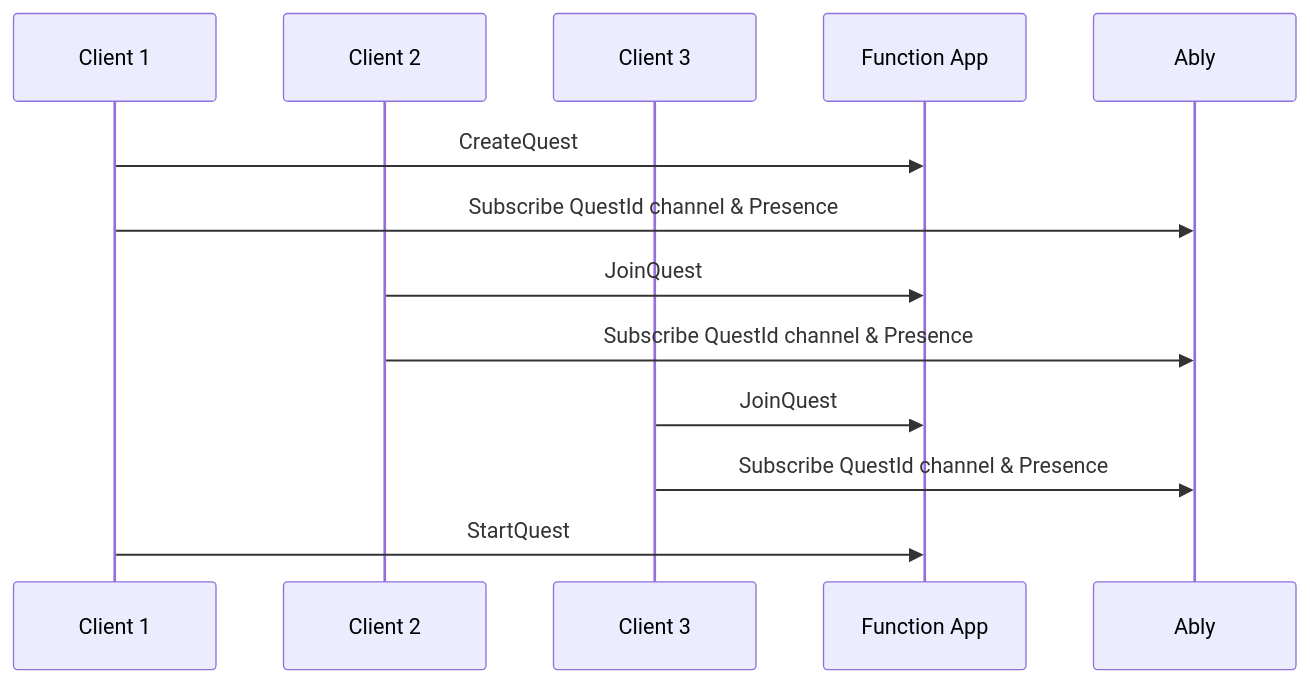
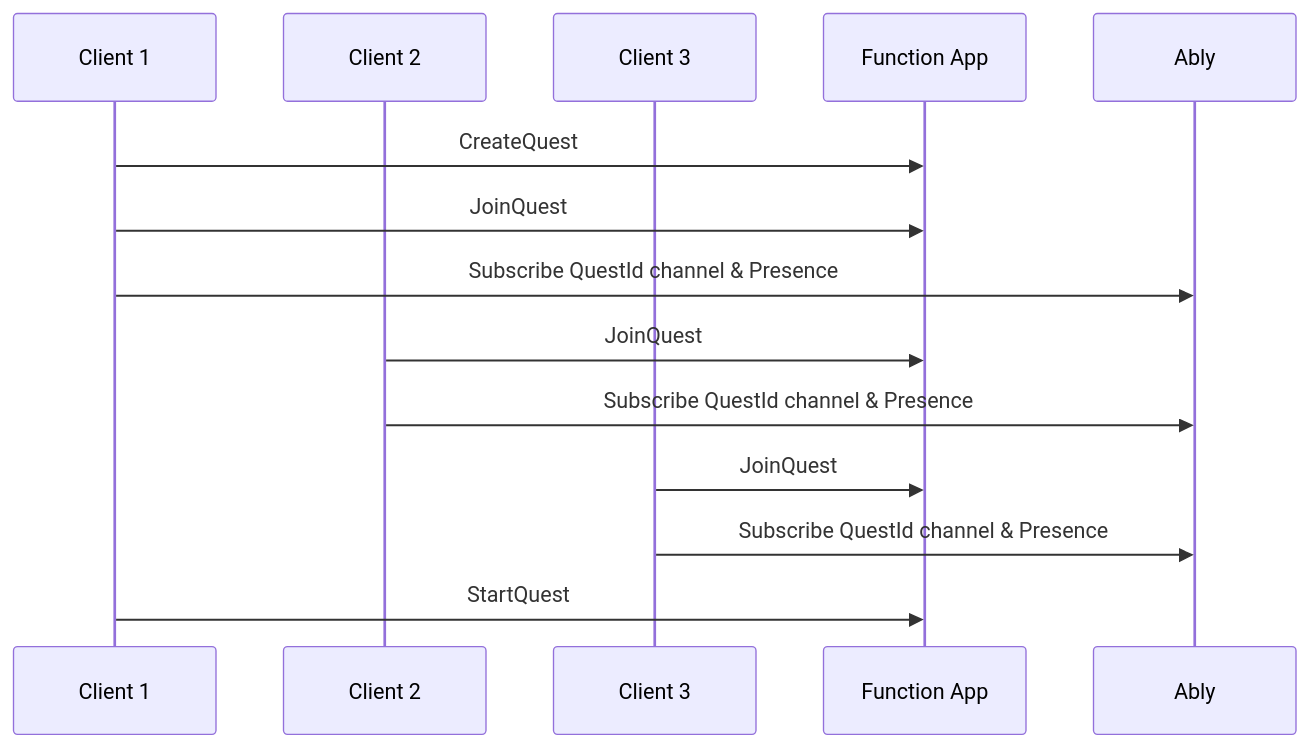
The diagram in docs/Clients.mmd (ably-labs/serverless-websockets-quest), drawn with Mermaid before and after one commit.

Commit message:
Client 1 starts and joins the quest using two calls

```diff
--- a/docs/Clients.mmd
+++ b/docs/Clients.mmd
@@ -1,11 +1,12 @@
 sequenceDiagram
   participant Client 1
   participant Client 2
   participant Client 3
   Client 1 ->> Function App: CreateQuest
+  Client 1 ->> Function App: JoinQuest
   Client 1 ->> Ably: Subscribe QuestId channel & Presence
   Client 2 ->> Function App: JoinQuest
   Client 2 ->> Ably: Subscribe QuestId channel & Presence
   Client 3 ->> Function App: JoinQuest
   Client 3 ->> Ably: Subscribe QuestId channel & Presence
   Client 1 ->> Function App: StartQuest
```
